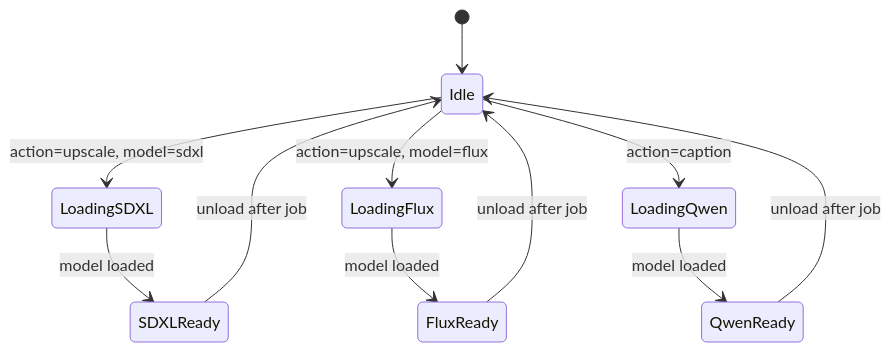
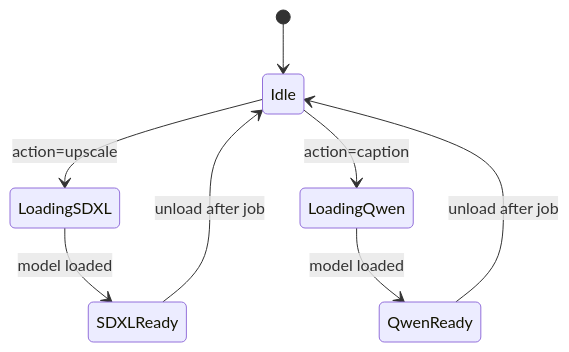
The second of 5 diagrams in docs/ARCHITECTURE.md (Coyote-A/ai-assets-toolbox), drawn with Mermaid before and after one commit. The commit also changed other lines of this file and 18 other files, not shown here.

````diff
--- a/docs/ARCHITECTURE.md
+++ b/docs/ARCHITECTURE.md
@@ -96,13 +111,10 @@
 ```mermaid
 stateDiagram-v2
     [*] --> Idle
-    Idle --> LoadingSDXL: action=upscale, model=sdxl
-    Idle --> LoadingFlux: action=upscale, model=flux
+    Idle --> LoadingSDXL: action=upscale
     Idle --> LoadingQwen: action=caption
     LoadingSDXL --> SDXLReady: model loaded
-    LoadingFlux --> FluxReady: model loaded
     LoadingQwen --> QwenReady: model loaded
     SDXLReady --> Idle: unload after job
-    FluxReady --> Idle: unload after job
     QwenReady --> Idle: unload after job
 ```
````
